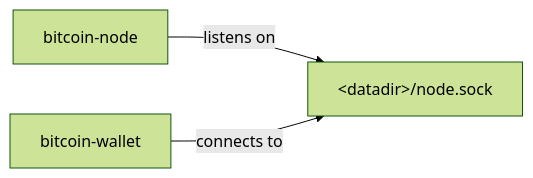
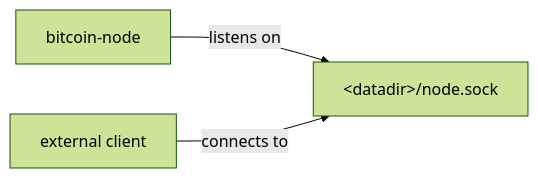
Before and after one commit to rustaceanrob/bitcoin: the first of 3 diagrams in doc/design/multiprocess.md, drawn with Mermaid (forest theme). The commit also changed other lines of this file and 323 other files, not shown here.

Commit message:
nuke: wallet + psbt + external-signer (src, build, deps, ci, tests, docs) (#5)

````diff
--- a/doc/design/multiprocess.md
+++ b/doc/design/multiprocess.md
@@ -28,5 +21,5 @@
 ```mermaid
 flowchart LR
     node[bitcoin-node] -- listens on --> socket["&lt;datadir&gt;/node.sock"]
-    wallet[bitcoin-wallet] -- connects to --> socket
+    client[external client] -- connects to --> socket
 ```
````
